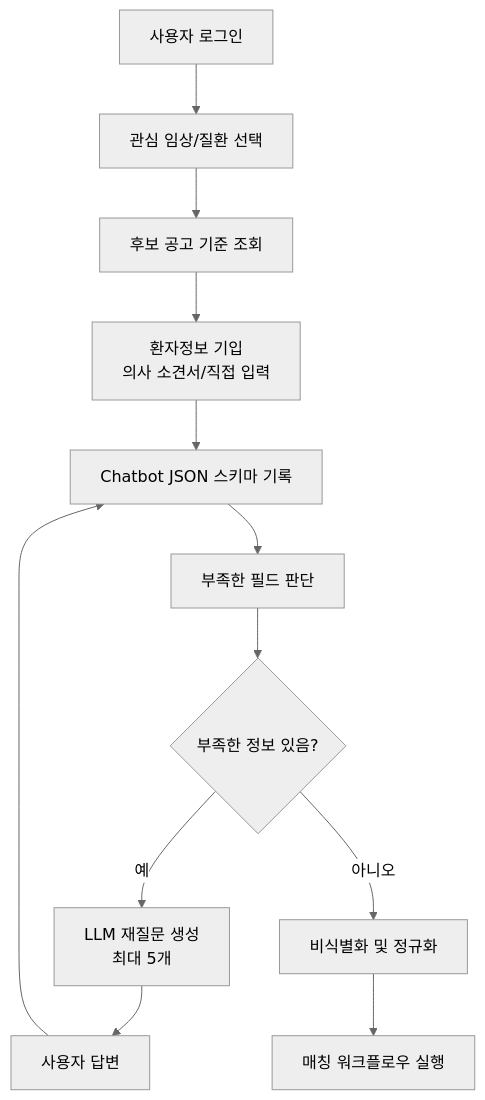
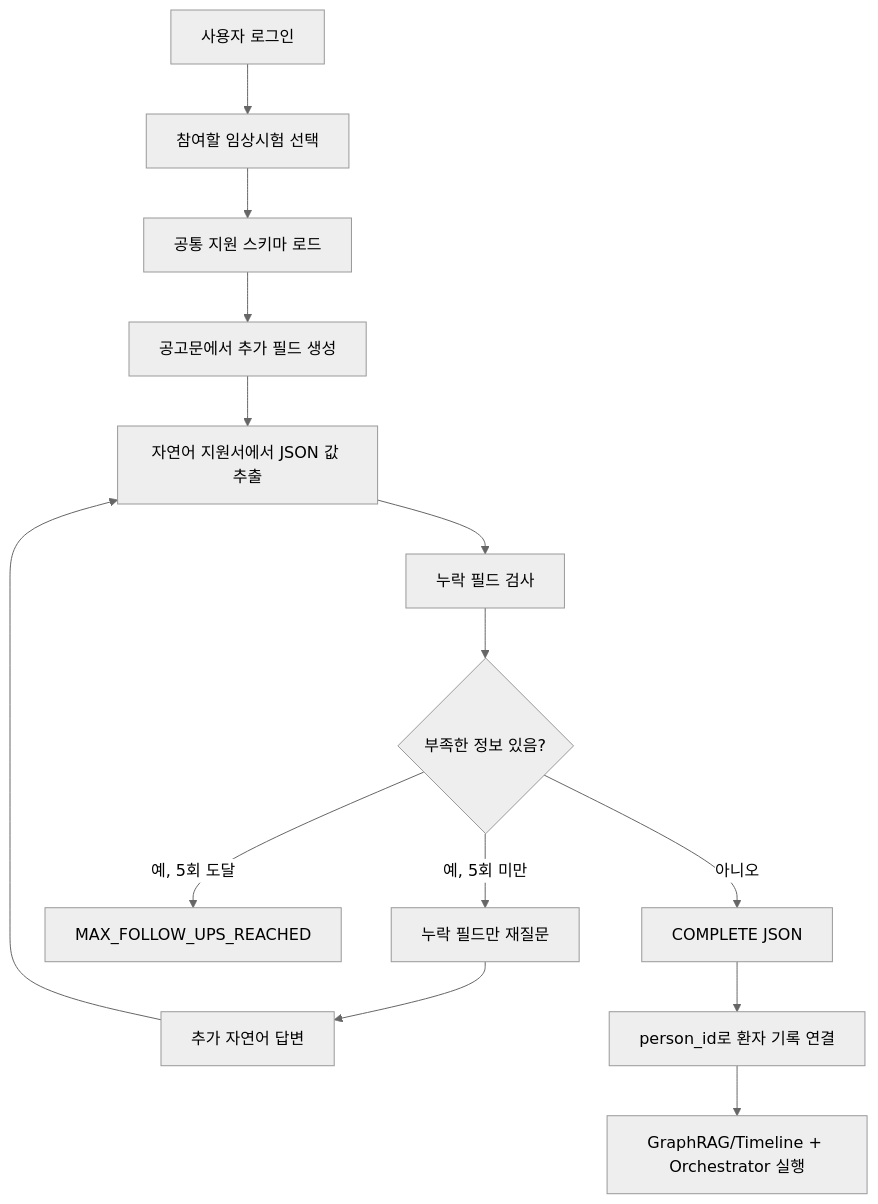
The second of 7 diagrams in doc/MATCHING_MODEL_V2.md (1jaekim/AWS_Healthcare), drawn with Mermaid (neutral theme) before and after one commit. The commit also changed other lines of this file, not shown here.

````diff
--- a/doc/MATCHING_MODEL_V2.md
+++ b/doc/MATCHING_MODEL_V2.md
@@ -87,14 +91,16 @@
 ```mermaid
 flowchart TD
-    A["사용자 로그인"] --> B["관심 임상/질환 선택"]
-    B --> C["후보 공고 기준 조회"]
-    C --> D["환자정보 기입<br/>의사 소견서/직접 입력"]
-    D --> E["Chatbot JSON 스키마 기록"]
-    E --> F["부족한 필드 판단"]
+    A["사용자 로그인"] --> B["참여할 임상시험 선택"]
+    B --> C["공통 지원 스키마 로드"]
+    C --> D["공고문에서 추가 필드 생성"]
+    D --> E["자연어 지원서에서 JSON 값 추출"]
+    E --> F["누락 필드 검사"]
     F --> G{"부족한 정보 있음?"}
-    G -->|예| H["LLM 재질문 생성<br/>최대 5개"]
-    H --> I["사용자 답변"]
+    G -->|예, 5회 미만| H["누락 필드만 재질문"]
+    H --> I["추가 자연어 답변"]
     I --> E
-    G -->|아니오| J["비식별화 및 정규화"]
-    J --> K["매칭 워크플로우 실행"]
+    G -->|예, 5회 도달| X["MAX_FOLLOW_UPS_REACHED"]
+    G -->|아니오| J["COMPLETE JSON"]
+    J --> K["person_id로 환자 기록 연결"]
+    K --> L["GraphRAG/Timeline + Orchestrator 실행"]
 ```
````
